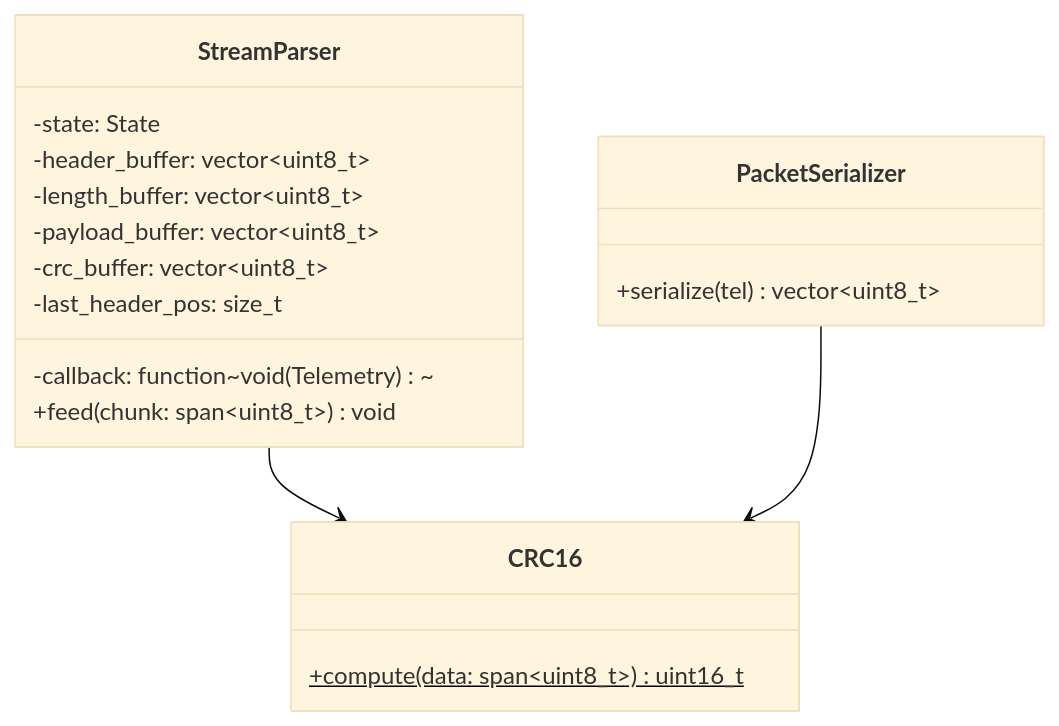
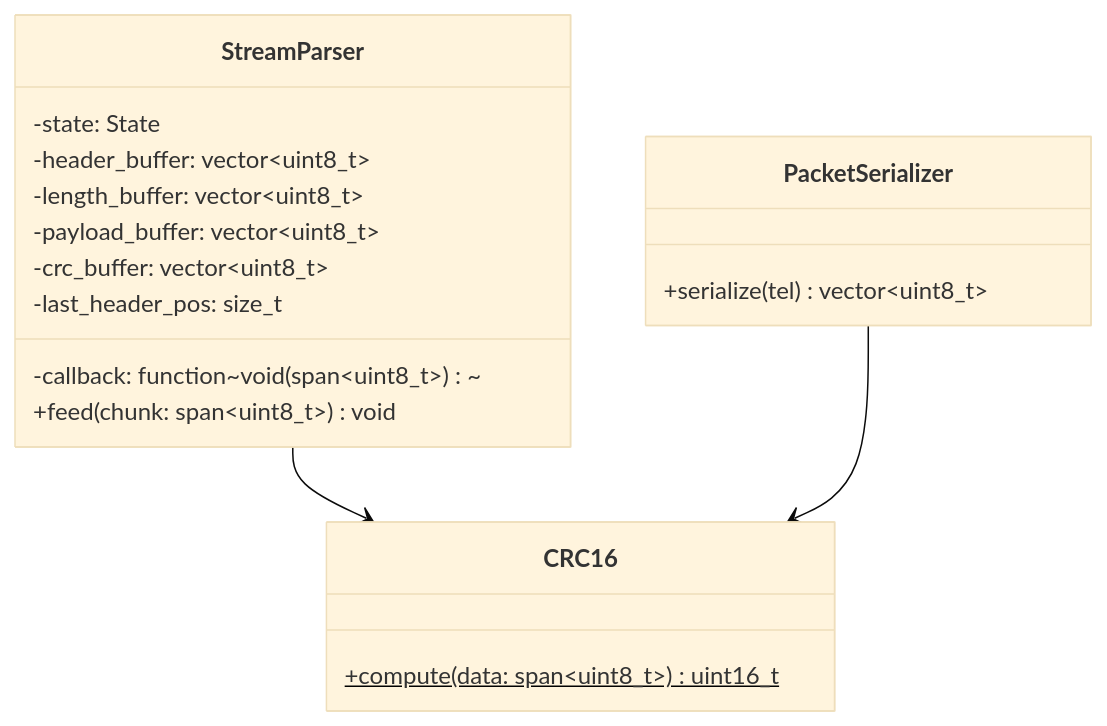
The second of 4 diagrams in ai-docs/c4/code.md (yoseforb/drone-stream-parser), drawn with Mermaid (base theme) before and after one commit. The commit also changed other lines of this file and 4 other files, not shown here.

First line of the commit message:
docs: update architecture docs for PacketDeserializer extraction

````diff
--- a/ai-docs/c4/code.md
+++ b/ai-docs/c4/code.md
@@ -743,24 +742,24 @@
 ```mermaid
 classDiagram
     class StreamParser {
         -state: State
         -header_buffer: vector~uint8_t~
         -length_buffer: vector~uint8_t~
         -payload_buffer: vector~uint8_t~
         -crc_buffer: vector~uint8_t~
-        -callback: function~void(Telemetry)~
+        -callback: function~void(span~uint8_t~)~
         -last_header_pos: size_t
         +feed(chunk: span~uint8_t~) void
     }
 
     class PacketSerializer {
         +serialize(tel) vector~uint8_t~
     }
 
     class CRC16 {
         +compute(data: span~uint8_t~) uint16_t$
     }
 
     StreamParser --> CRC16
     PacketSerializer --> CRC16
 ```
````
